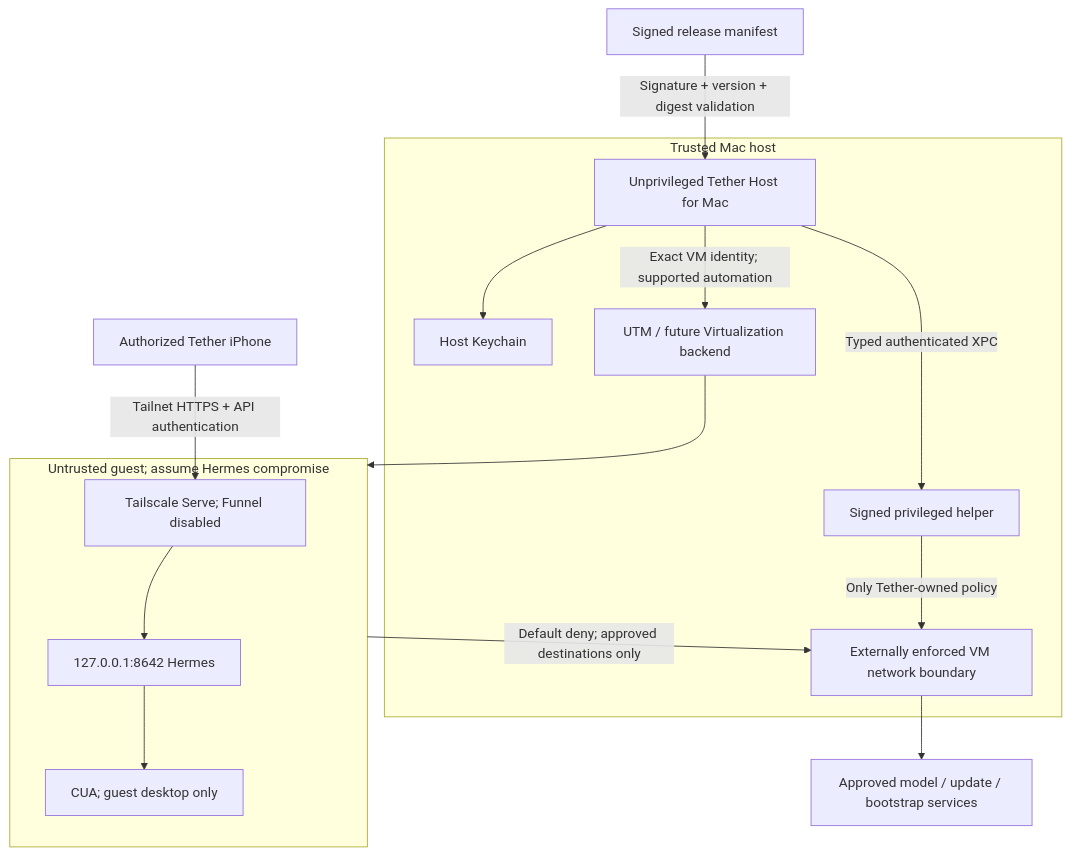
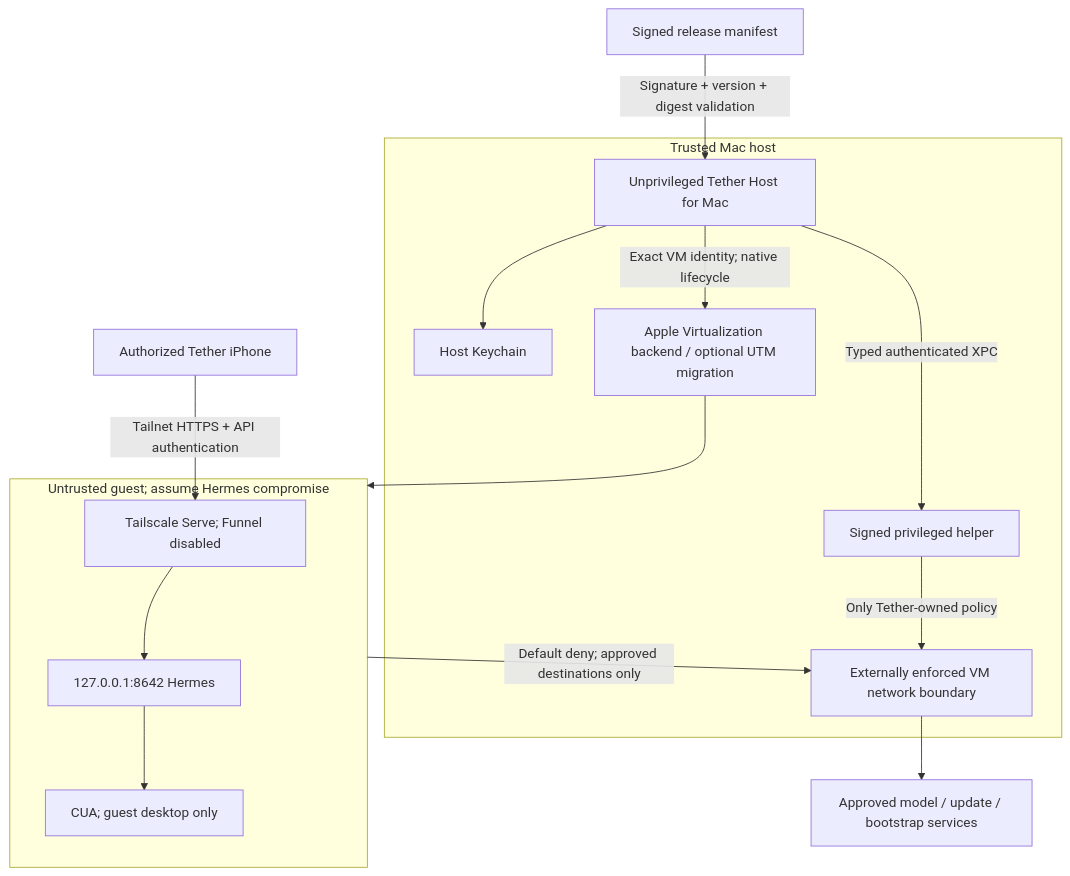
One commit to sladebot/Tether-Host changed the diagram in docs/tether-host-architecture.md. Above: the diagram before and after it, drawn with Mermaid. The commit also changed other lines of this file and 14 other files, not shown here.

Commit message:
Prefer native Apple virtualization with UTM fallback

````diff
--- a/docs/tether-host-architecture.md
+++ b/docs/tether-host-architecture.md
@@ -54,25 +62,25 @@
 ```mermaid
 flowchart TB
     Phone[Authorized Tether iPhone] -->|Tailnet HTTPS + API authentication|Serve
     subgraph Host[Trusted Mac host]
       GUI[Unprivileged Tether Host for Mac]
       KC[Host Keychain]
       Helper[Signed privileged helper]
       Policy[Externally enforced VM network boundary]
-      UTM[UTM / future Virtualization backend]
+      VM[Apple Virtualization backend / optional UTM migration]
       GUI --> KC
       GUI -->|Typed authenticated XPC|Helper
       Helper -->|Only Tether-owned policy|Policy
-      GUI -->|Exact VM identity; supported automation|UTM
+      GUI -->|Exact VM identity; native lifecycle|VM
     end
     subgraph Guest[Untrusted guest; assume Hermes compromise]
       Serve[Tailscale Serve; Funnel disabled]
       Hermes[127.0.0.1:8642 Hermes]
       CUA[CUA; guest desktop only]
       Serve --> Hermes --> CUA
     end
-    UTM --> Guest
+    VM --> Guest
     Guest -->|Default deny; approved destinations only|Policy
     Policy --> Providers[Approved model / update / bootstrap services]
     Manifest[Signed release manifest] -->|Signature + version + digest validation|GUI
 ```
````
